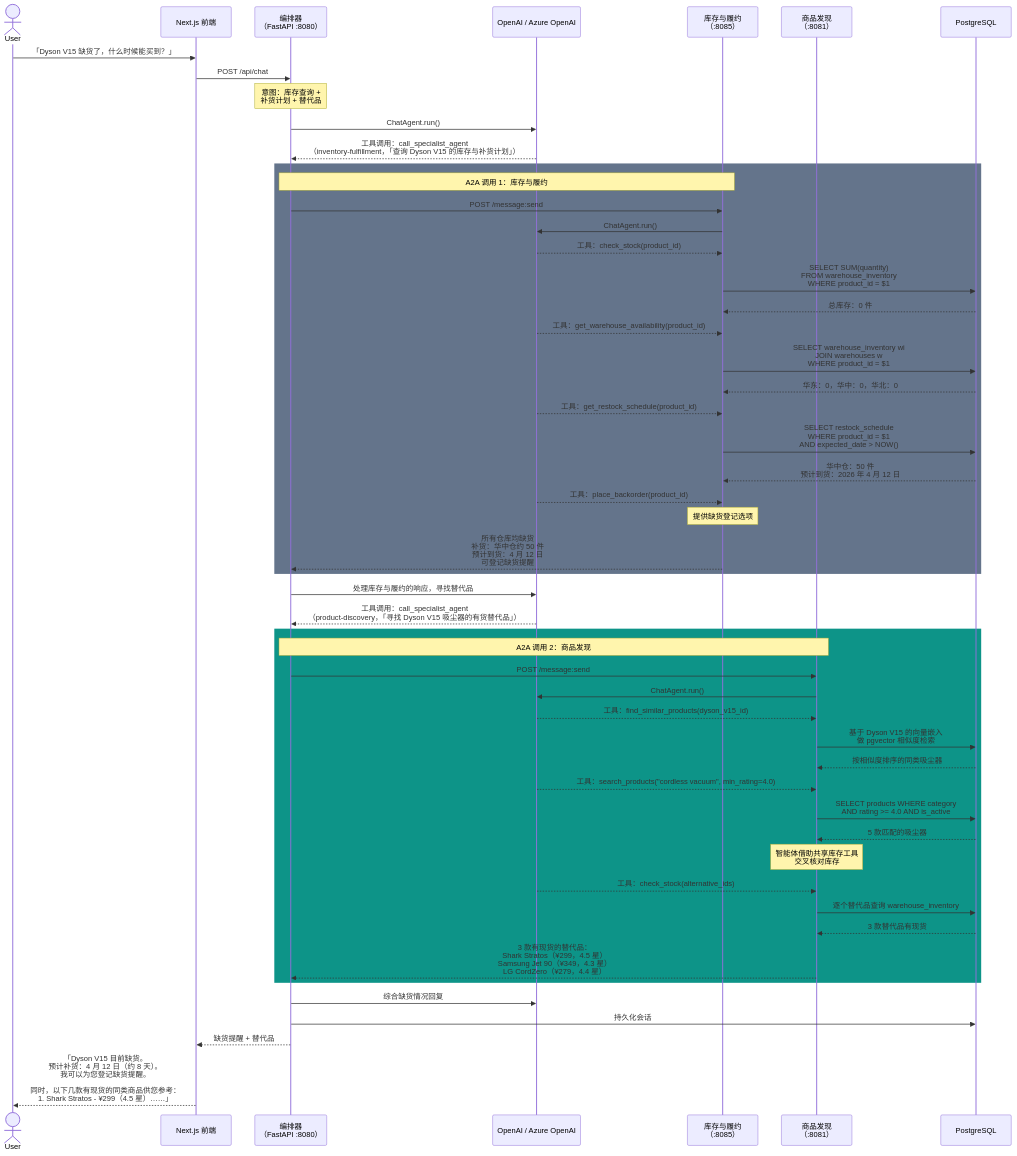
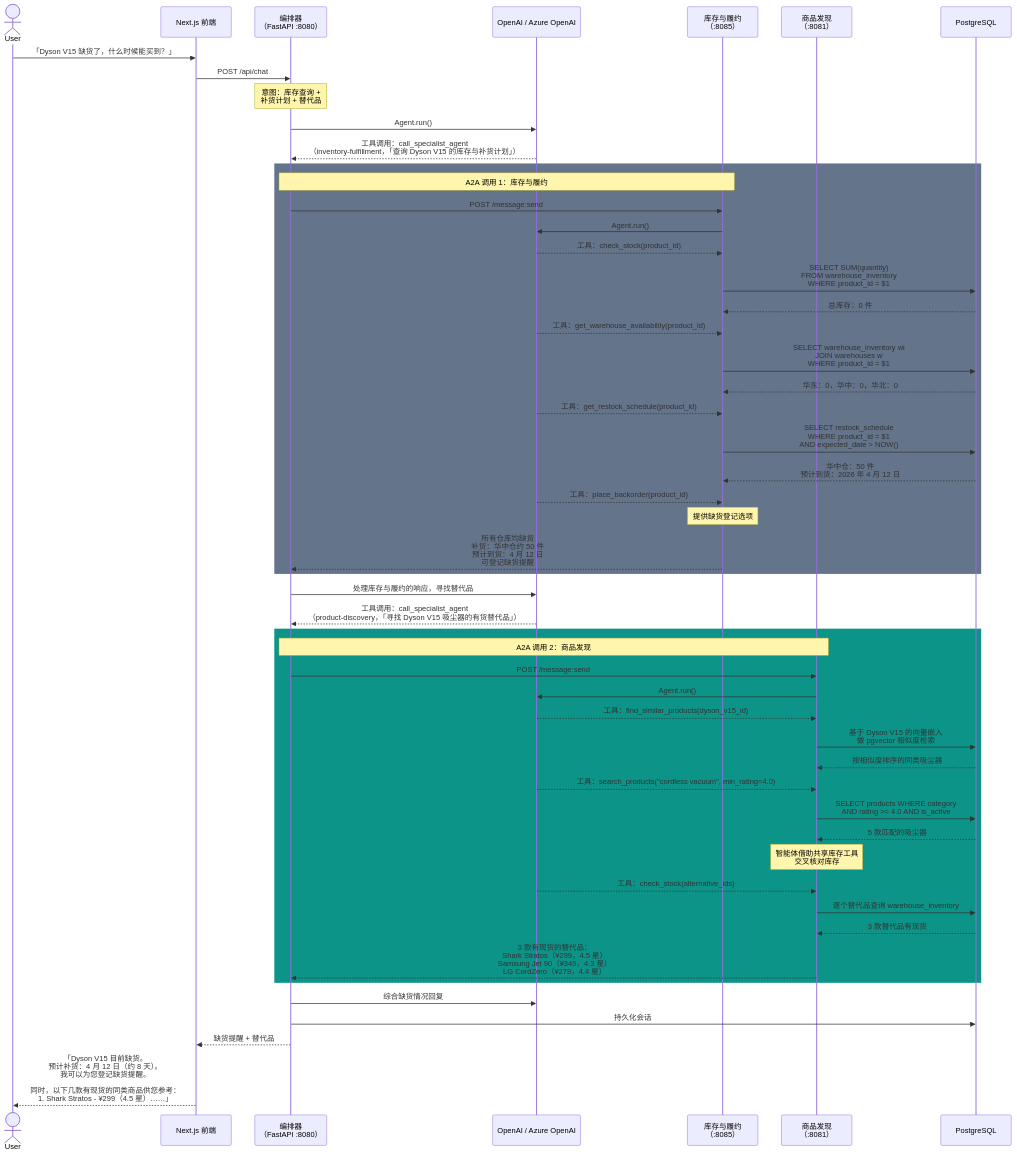
One commit to s1encisi/reliable-commerce-agents changed the fourth of 5 diagrams in docs/agent-flows.md. Above: the diagram before and after it, drawn with Mermaid. The commit also changed other lines of this file and 144 other files, not shown here.

````diff
--- a/docs/agent-flows.md
+++ b/docs/agent-flows.md
@@ -267,61 +214,61 @@
 ```mermaid
 sequenceDiagram
     actor User
     participant FE as Next.js 前端
     participant ORCH as 编排器<br/>（FastAPI :8080）
     participant LLM as OpenAI / Azure OpenAI
     participant IF as 库存与履约<br/>（:8085）
     participant PD as 商品发现<br/>（:8081）
     participant DB as PostgreSQL
 
     User->>FE: 「Dyson V15 缺货了，什么时候能买到？」
     FE->>ORCH: POST /api/chat
 
     Note over ORCH: 意图：库存查询 +<br/>补货计划 + 替代品
 
-    ORCH->>LLM: ChatAgent.run()
+    ORCH->>LLM: Agent.run()
     LLM-->>ORCH: 工具调用：call_specialist_agent<br/>（inventory-fulfillment，「查询 Dyson V15 的库存与补货计划」）
 
     rect rgb(100, 116, 139)
         Note over ORCH,IF: A2A 调用 1：库存与履约
         ORCH->>IF: POST /message:send
-        IF->>LLM: ChatAgent.run()
+        IF->>LLM: Agent.run()
         LLM-->>IF: 工具：check_stock(product_id)
         IF->>DB: SELECT SUM(quantity)<br/>FROM warehouse_inventory<br/>WHERE product_id = $1
         DB-->>IF: 总库存：0 件
         LLM-->>IF: 工具：get_warehouse_availability(product_id)
         IF->>DB: SELECT warehouse_inventory wi<br/>JOIN warehouses w<br/>WHERE product_id = $1
         DB-->>IF: 华东：0，华中：0，华北：0
         LLM-->>IF: 工具：get_restock_schedule(product_id)
         IF->>DB: SELECT restock_schedule<br/>WHERE product_id = $1<br/>AND expected_date > NOW()
         DB-->>IF: 华中仓：50 件<br/>预计到货：2026 年 4 月 12 日
         LLM-->>IF: 工具：place_backorder(product_id)
         Note over IF: 提供缺货登记选项
         IF-->>ORCH: 所有仓库均缺货<br/>补货：华中仓约 50 件<br/>预计到货：4 月 12 日<br/>可登记缺货提醒
     end
 
     ORCH->>LLM: 处理库存与履约的响应，寻找替代品
     LLM-->>ORCH: 工具调用：call_specialist_agent<br/>（product-discovery，「寻找 Dyson V15 吸尘器的有货替代品」）
 
     rect rgb(13, 148, 136)
         Note over ORCH,PD: A2A 调用 2：商品发现
         ORCH->>PD: POST /message:send
-        PD->>LLM: ChatAgent.run()
+        PD->>LLM: Agent.run()
         LLM-->>PD: 工具：find_similar_products(dyson_v15_id)
         PD->>DB: 基于 Dyson V15 的向量嵌入<br/>做 pgvector 相似度检索
         DB-->>PD: 按相似度排序的同类吸尘器
         LLM-->>PD: 工具：search_products("cordless vacuum", min_rating=4.0)
         PD->>DB: SELECT products WHERE category<br/>AND rating >= 4.0 AND is_active
         DB-->>PD: 5 款匹配的吸尘器
         Note over PD: 智能体借助共享库存工具<br/>交叉核对库存
         LLM-->>PD: 工具：check_stock(alternative_ids)
         PD->>DB: 逐个替代品查询 warehouse_inventory
         DB-->>PD: 3 款替代品有现货
         PD-->>ORCH: 3 款有现货的替代品：<br/>Shark Stratos（¥299，4.5 星）<br/>Samsung Jet 90（¥349，4.3 星）<br/>LG CordZero（¥279，4.4 星）
     end
 
     ORCH->>LLM: 综合缺货情况回复
     ORCH->>DB: 持久化会话
     ORCH-->>FE: 缺货提醒 + 替代品
     FE-->>User: 「Dyson V15 目前缺货。<br/>预计补货：4 月 12 日（约 8 天）。<br/>我可以为您登记缺货提醒。<br/><br/>同时，以下几款有现货的同类商品供您参考：<br/>1. Shark Stratos - ¥299（4.5 星）……」
 ```
````
